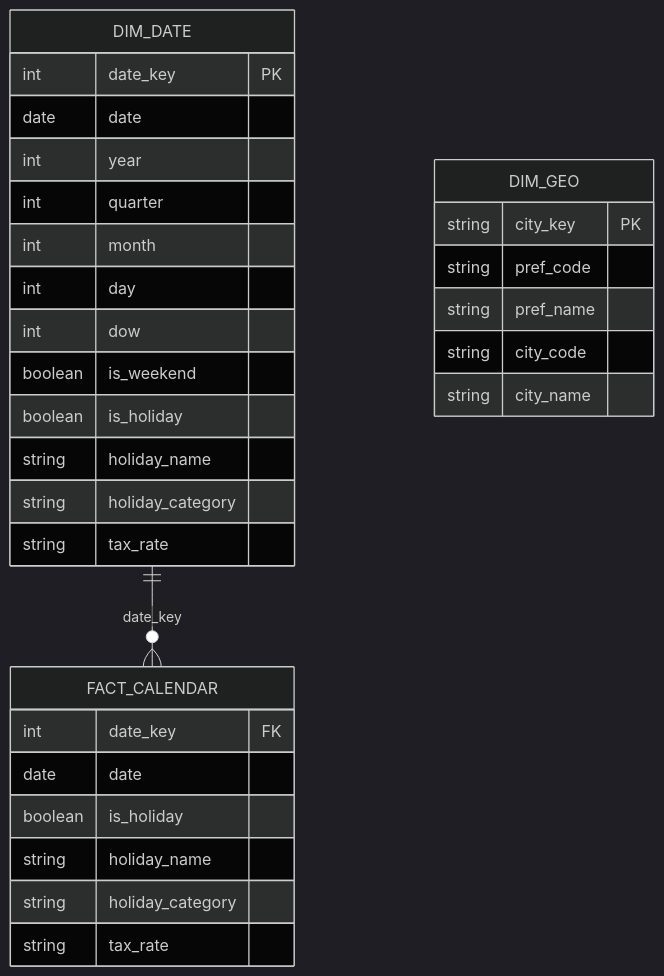
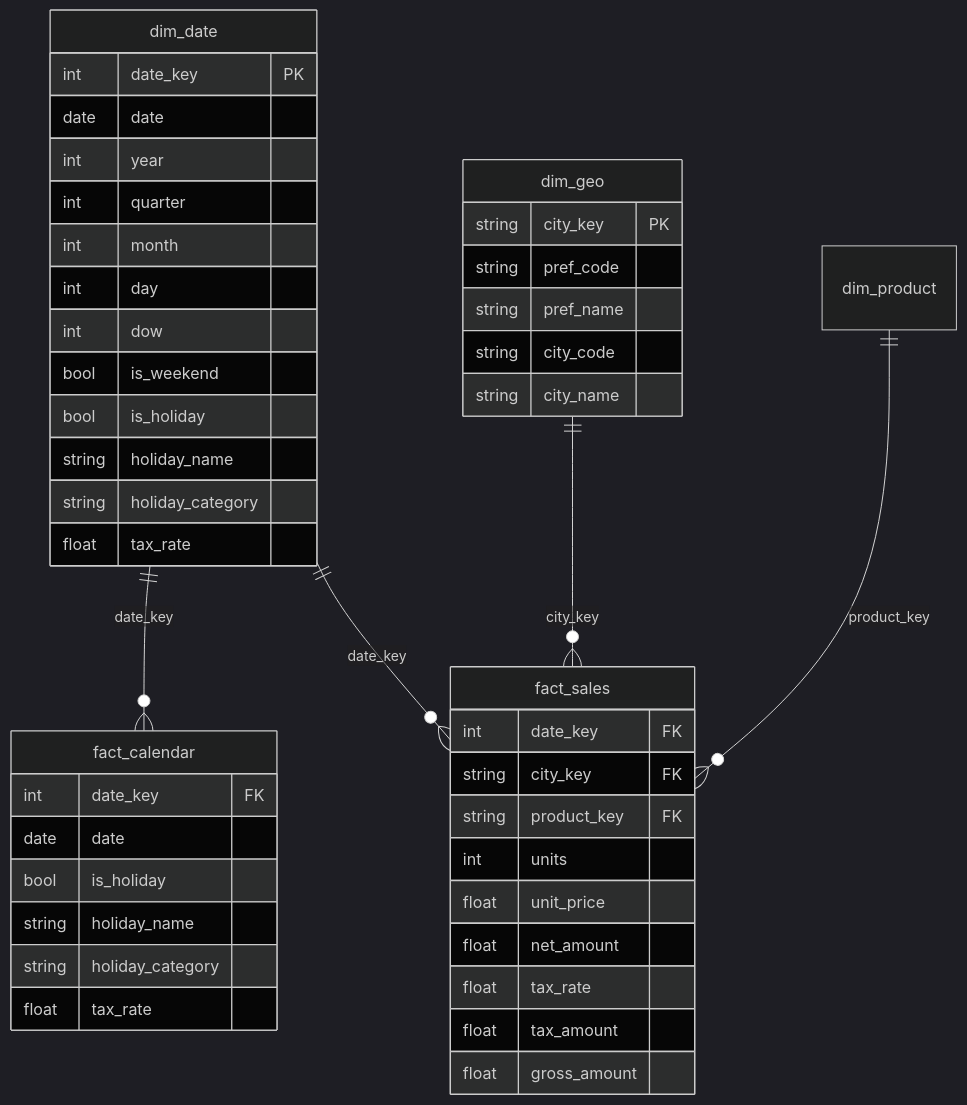
The second of 2 diagrams in README.md (TraderKAI619/project-a-jp-retail-pipeline), drawn with Mermaid (dark theme) before and after one commit. The commit also changed other lines of this file, not shown here.

````diff
--- a/README.md
+++ b/README.md
@@ -12,36 +168,51 @@
 ```mermaid
 erDiagram
-  DIM_DATE {
-    int date_key PK
-    date date
-    int year
-    int quarter
-    int month
-    int day
-    int dow
-    boolean is_weekend
-    boolean is_holiday
-    string holiday_name
-    string holiday_category
-    string tax_rate
-  }
+    dim_date ||--o{ fact_calendar : "date_key"
+    dim_date ||--o{ fact_sales    : "date_key"
+    dim_geo  ||--o{ fact_sales    : "city_key"
+    dim_product ||--o{ fact_sales : "product_key"
 
-  DIM_GEO {
-    string city_key PK
-    string pref_code
-    string pref_name
-    string city_code
-    string city_name
-  }
+    dim_date {
+      int    date_key PK
+      date   date
+      int    year
+      int    quarter
+      int    month
+      int    day
+      int    dow
+      bool   is_weekend
+      bool   is_holiday
+      string holiday_name
+      string holiday_category
+      float  tax_rate
+    }
 
-  FACT_CALENDAR {
-    int date_key FK
-    date date
-    boolean is_holiday
-    string holiday_name
-    string holiday_category
-    string tax_rate
-  }
+    dim_geo {
+      string city_key PK
+      string pref_code
+      string pref_name
+      string city_code
+      string city_name
+    }
 
-  DIM_DATE ||--o{ FACT_CALENDAR : date_key
+    fact_calendar {
+      int    date_key FK
+      date   date
+      bool   is_holiday
+      string holiday_name
+      string holiday_category
+      float  tax_rate
+    }
+
+    fact_sales {
+      int    date_key FK
+      string city_key  FK
+      string product_key FK
+      int    units
+      float  unit_price
+      float  net_amount
+      float  tax_rate
+      float  tax_amount
+      float  gross_amount
+    }
 ```
````
